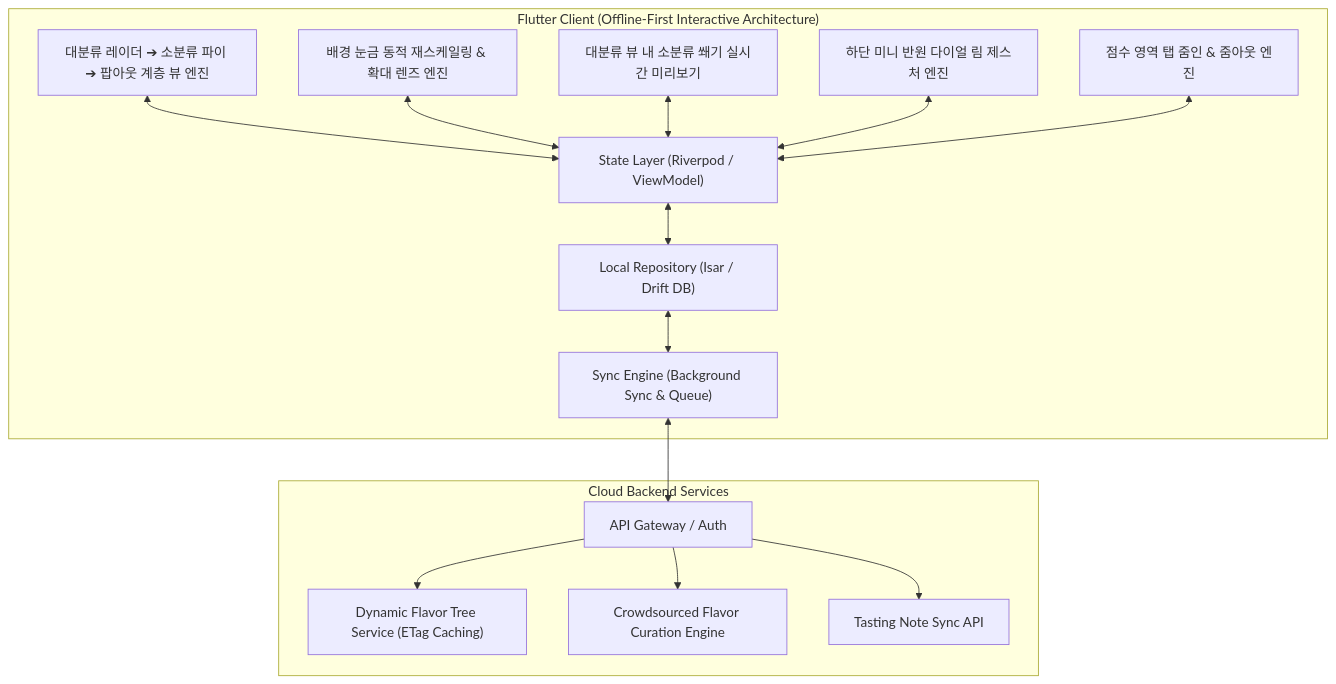
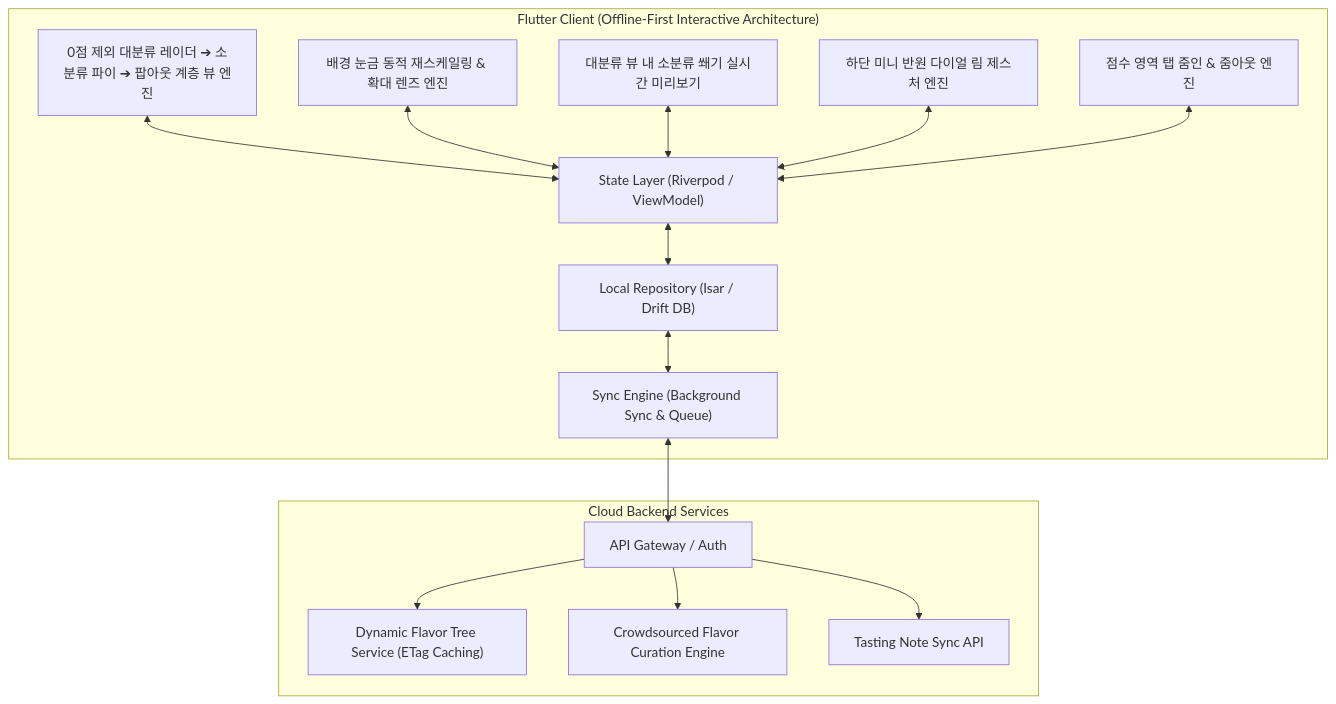
One commit to chanhooop/FlavorWheel changed the diagram in README.md. Above: the diagram before and after it, drawn with Mermaid. The commit also changed other lines of this file and 1 other file, not shown here.

Commit message:
feat: 완성된 차트에서 0점 대분류 제외 + 대분류 레이더만 우선 표시 -> 탭 시 소분류 파이 전환 -> 파이 탭 시 1.45x 확대 -> 바깥쪽 탭 시 복귀 구현

````diff
--- a/README.md
+++ b/README.md
@@ -102,34 +102,34 @@
 ```mermaid
 graph TB
     subgraph Client ["Flutter Client (Offline-First Interactive Architecture)"]
-        ProgressiveCardEngine["대분류 레이더 ➔ 소분류 파이 ➔ 팝아웃 계층 뷰 엔진"]
+        ProgressiveCardEngine["0점 제외 대분류 레이더 ➔ 소분류 파이 ➔ 팝아웃 계층 뷰 엔진"]
         DynamicGridEngine["배경 눈금 동적 재스케일링 & 확대 렌즈 엔진"]
         InWheelPreviewEngine["대분류 뷰 내 소분류 쐐기 실시간 미리보기"]
         MiniDialEngine["하단 미니 반원 다이얼 림 제스처 엔진"]
         TapZoomEngine["점수 영역 탭 줌인 & 줌아웃 엔진"]
 
         State["State Layer (Riverpod / ViewModel)"]
         SyncEngine["Sync Engine (Background Sync & Queue)"]
         LocalRepository["Local Repository (Isar / Drift DB)"]
 
         ProgressiveCardEngine <--> State
         DynamicGridEngine <--> State
         InWheelPreviewEngine <--> State
         MiniDialEngine <--> State
         TapZoomEngine <--> State
         State <--> LocalRepository
         LocalRepository <--> SyncEngine
     end
 
     subgraph RemoteBackend ["Cloud Backend Services"]
         Gateway["API Gateway / Auth"]
         TreeService["Dynamic Flavor Tree Service (ETag Caching)"]
         CurationService["Crowdsourced Flavor Curation Engine"]
         NoteService["Tasting Note Sync API"]
     end
 
     SyncEngine <--> Gateway
     Gateway --> TreeService
     Gateway --> CurationService
     Gateway --> NoteService
 ```
````
